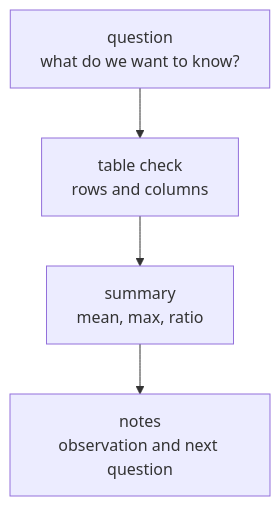
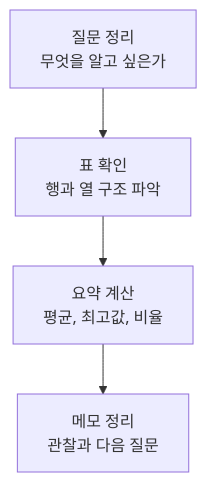
The diagram in docs/parts/part-07/chapter-01/section-01.md (devchan64/AiBook), drawn with Mermaid before and after one commit. The commit also changed other lines of this file and 15 other files, not shown here.

````diff
--- a/docs/parts/part-07/chapter-01/section-01.md
+++ b/docs/parts/part-07/chapter-01/section-01.md
@@ -111,9 +103,9 @@
 ```mermaid
 flowchart TD
-  A["question<br/>what do we want to know?"]
-  B["table check<br/>rows and columns"]
-  C["summary<br/>mean, max, ratio"]
-  D["notes<br/>observation and next question"]
+  A["질문 정리<br/>무엇을 알고 싶은가"]
+  B["표 확인<br/>행과 열 구조 파악"]
+  C["요약 계산<br/>평균, 최고값, 비율"]
+  D["메모 정리<br/>관찰과 다음 질문"]
 
   A --> B --> C --> D
 ```
````
